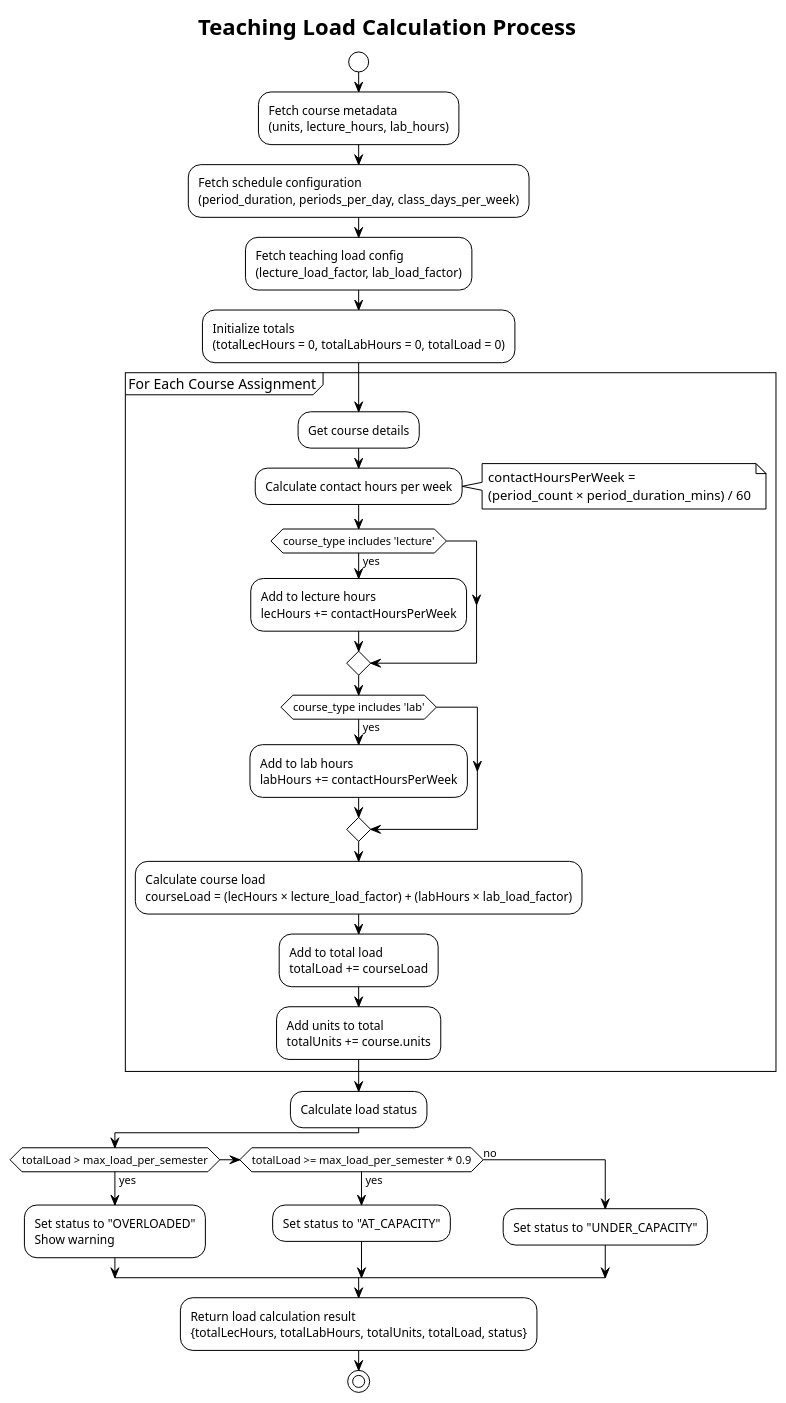
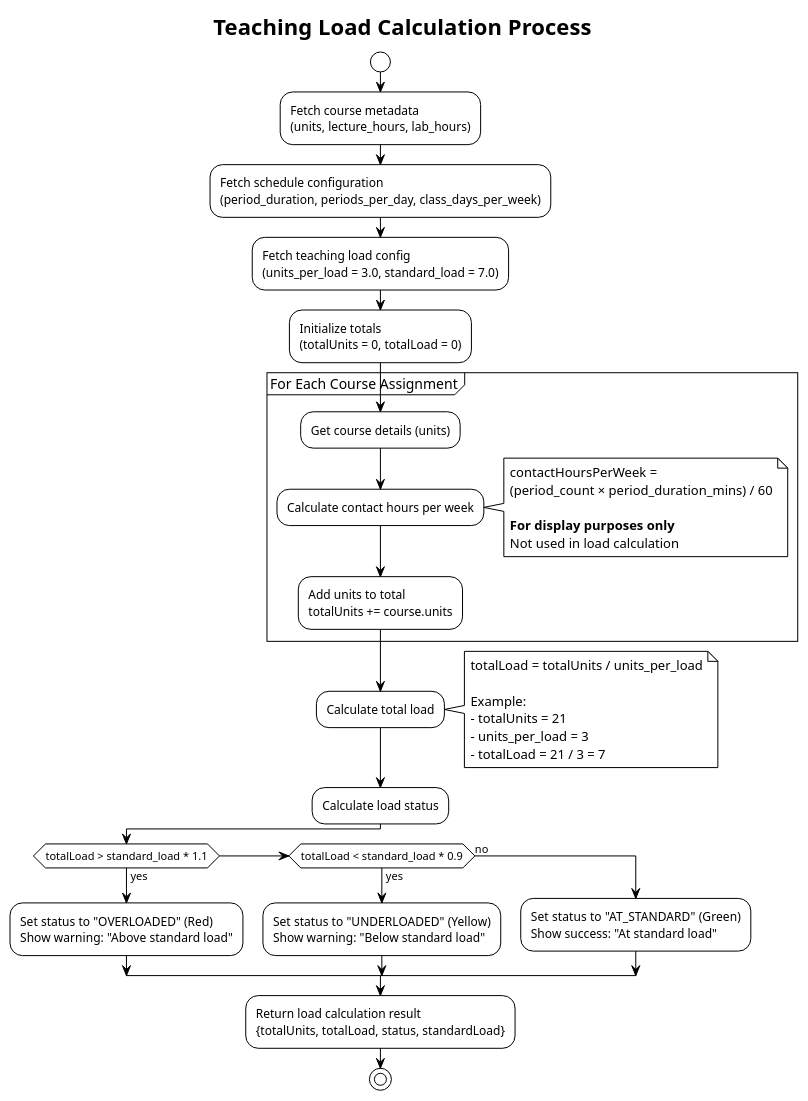
One commit to Wence024/ClassFlow changed the fifth of 7 diagrams in docs/c4-diagrams/instructor-reports-system.puml. Above: the diagram before and after it, drawn with PlantUML. The commit also changed other lines of this file and 1 other file, not shown here.

Commit message:
feat: Adjust instructor load calculation

```diff
--- a/docs/c4-diagrams/instructor-reports-system.puml
+++ b/docs/c4-diagrams/instructor-reports-system.puml
@@ -201,53 +208,64 @@
 @startuml Load Calculation - Activity Diagram
 !theme plain
 title Teaching Load Calculation Process
 
 start
 
 :Fetch course metadata\n(units, lecture_hours, lab_hours);
 
 :Fetch schedule configuration\n(period_duration, periods_per_day, class_days_per_week);
 
-:Fetch teaching load config\n(lecture_load_factor, lab_load_factor);
+:Fetch teaching load config\n(units_per_load = 3.0, standard_load = 7.0);
 
-:Initialize totals\n(totalLecHours = 0, totalLabHours = 0, totalLoad = 0);
+:Initialize totals\n(totalUnits = 0, totalLoad = 0);
 
 partition "For Each Course Assignment" {
-    :Get course details;
+    :Get course details (units);
     
     :Calculate contact hours per week;
     note right
         contactHoursPerWeek = 
         (period_count × period_duration_mins) / 60
+        
+        **For display purposes only**
+        Not used in load calculation
     end note
-    
-    if (course_type includes 'lecture') then (yes)
-        :Add to lecture hours\nlecHours += contactHoursPerWeek;
-    endif
-    
-    if (course_type includes 'lab') then (yes)
-        :Add to lab hours\nlabHours += contactHoursPerWeek;
-    endif
-    
-    :Calculate course load\ncourseLoad = (lecHours × lecture_load_factor) + (labHours × lab_load_factor);
-    
-    :Add to total load\ntotalLoad += courseLoad;
     
     :Add units to total\ntotalUnits += course.units;
 }
 
+:Calculate total load;
+note right
+    totalLoad = totalUnits / units_per_load
+    
+    Example:
+    - totalUnits = 21
+    - units_per_load = 3
+    - totalLoad = 21 / 3 = 7
+end note
+
 :Calculate load status;
 
-if (totalLoad > max_load_per_semester) then (yes)
-    :Set status to "OVERLOADED"\nShow warning;
-elseif (totalLoad >= max_load_per_semester * 0.9) then (yes)
-    :Set status to "AT_CAPACITY";
+if (totalLoad > standard_load * 1.1) then (yes)
+    :Set status to "OVERLOADED" (Red)\nShow warning: "Above standard load";
+elseif (totalLoad < standard_load * 0.9) then (yes)
+    :Set status to "UNDERLOADED" (Yellow)\nShow warning: "Below standard load";
 else (no)
-    :Set status to "UNDER_CAPACITY";
+    :Set status to "AT_STANDARD" (Green)\nShow success: "At standard load";
 endif
 
-:Return load calculation result\n{totalLecHours, totalLabHours, totalUnits, totalLoad, status};
+note right
+    Standard Load = 7
+    Tolerance = ±10%
+    
+    Ranges:
+    - Underloaded: < 6.3
+    - At Standard: 6.3 - 7.7
+    - Overloaded: > 7.7
+end note
+
+:Return load calculation result\n{totalUnits, totalLoad, status, standardLoad};
 
 stop
 
 @enduml
```
